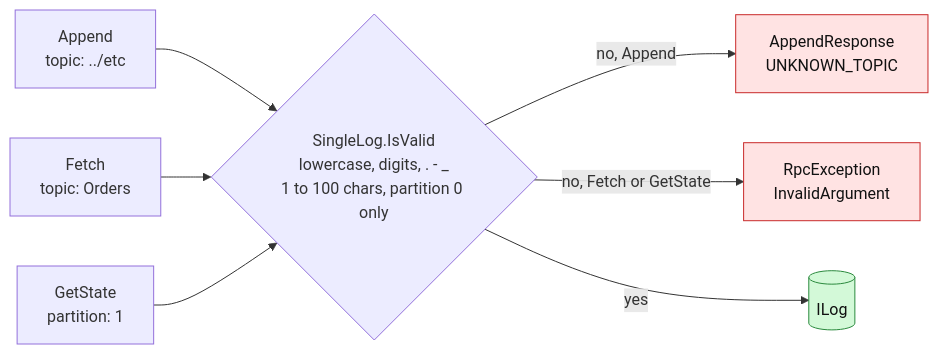
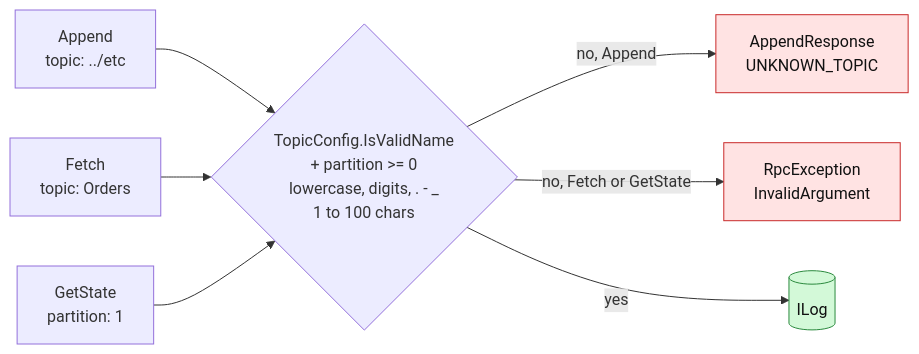
The sixth of 24 diagrams in docs/replication-scenarios.md (paulisuden/K0sStreams), drawn with Mermaid before and after one commit. The commit also changed other lines of this file and 8 other files, not shown here.

````diff
--- a/docs/replication-scenarios.md
+++ b/docs/replication-scenarios.md
@@ -218,13 +218,13 @@
 ```mermaid
 flowchart LR
-    V{"SingleLog.IsValid<br/>lowercase, digits, . - _<br/>1 to 100 chars, partition 0 only"}
+    V{"TopicConfig.IsValidName<br/>+ partition &gt;= 0<br/>lowercase, digits, . - _<br/>1 to 100 chars"}
     A["Append<br/>topic: ../etc"] --> V
     F["Fetch<br/>topic: Orders"] --> V
     S["GetState<br/>partition: 1"] --> V
     V -- "no, Append" --> R1["AppendResponse<br/>UNKNOWN_TOPIC"]:::bad
     V -- "no, Fetch or GetState" --> R2["RpcException<br/>InvalidArgument"]:::bad
     V -- yes --> LOG[("ILog")]:::ok
 
     classDef ok fill:#d3f9d8,stroke:#2b8a3e,color:#111
     classDef bad fill:#ffe3e3,stroke:#c92a2a,color:#111
 ```
````
